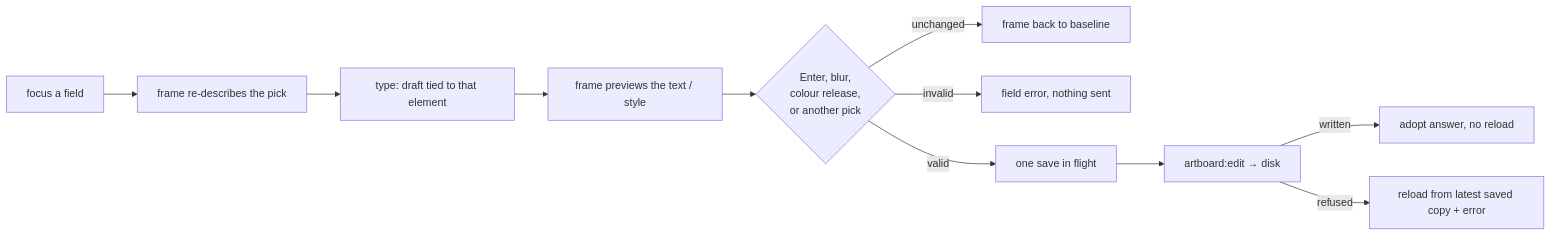
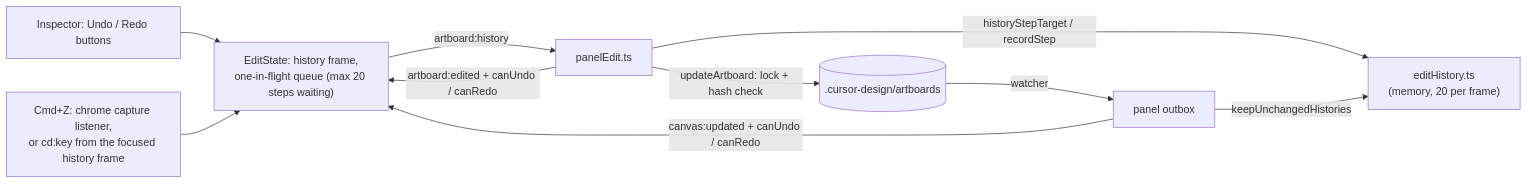
One commit to MarekBombera/cursor-design-extension changed the first of 2 diagrams in blueprint/context/current-feature-overview.md. Above: the diagram before and after it, drawn with Mermaid. The commit also changed other lines of this file and 60 other files, not shown here.

Commit message:
feat: 9f undo and redo

````diff
--- a/blueprint/context/current-feature-overview.md
+++ b/blueprint/context/current-feature-overview.md
@@ -22,13 +21,12 @@
 ```mermaid
 flowchart LR
-  Focus["focus a field"] --> Refresh["frame re-describes the pick"]
-  Refresh --> Type["type: draft tied to that element"]
-  Type --> Preview["frame previews the text / style"]
-  Preview --> Commit{"Enter, blur,<br/>colour release,<br/>or another pick"}
-  Commit -->|unchanged| Back["frame back to baseline"]
-  Commit -->|invalid| Err["field error, nothing sent"]
-  Commit -->|valid| Queue["one save in flight"]
-  Queue --> Host["artboard:edit → disk"]
-  Host -->|written| Adopt["adopt answer, no reload"]
-  Host -->|refused| Reload["reload from latest saved copy + error"]
+  Inspector["Inspector: Undo / Redo buttons"] --> EditState
+  Keys["Cmd+Z: chrome capture listener,<br/>or cd:key from the focused history frame"] --> EditState
+  EditState["EditState: history frame,<br/>one-in-flight queue (max 20 steps waiting)"] -->|artboard:history| Host
+  Host["panelEdit.ts"] -->|historyStepTarget / recordStep| History["editHistory.ts<br/>(memory, 20 per frame)"]
+  Host -->|updateArtboard: lock + hash check| Disk[(".cursor-design/artboards")]
+  Disk -->|watcher| Outbox["panel outbox"]
+  Outbox -->|keepUnchangedHistories| History
+  Outbox -->|canvas:updated + canUndo / canRedo| EditState
+  Host -->|artboard:edited + canUndo / canRedo| EditState
 ```
````
